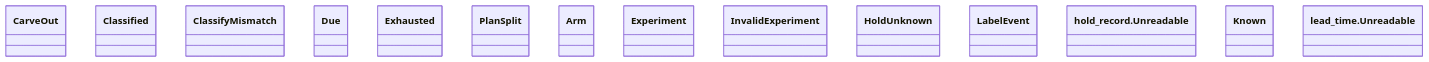
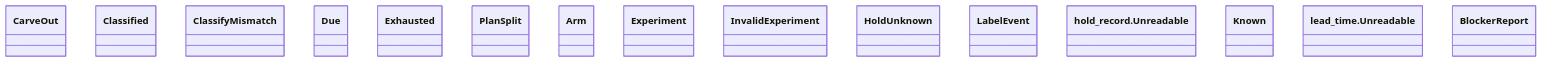
One commit to GonzaloZevallos/agentic-system changed the diagram in docs/architecture/generated/classes-process-domain-state-1.md. Above: the diagram before and after it, drawn with Mermaid. The commit also changed 9 other files, not shown here.

````diff
--- a/docs/architecture/generated/classes-process-domain-state-1.md
+++ b/docs/architecture/generated/classes-process-domain-state-1.md
@@ -32,17 +32,18 @@
 ```mermaid
 classDiagram
     class carve_out__CarveOut["CarveOut"]
     class drawing_answer__Classified["Classified"]
     class drawing_answer__ClassifyMismatch["ClassifyMismatch"]
     class drawing_answer__Due["Due"]
     class drawing_answer__Exhausted["Exhausted"]
     class drawing_answer__PlanSplit["PlanSplit"]
     class experiment__Arm["Arm"]
     class experiment__Experiment["Experiment"]
     class experiment__InvalidExperiment["InvalidExperiment"]
     class hold_record__HoldUnknown["HoldUnknown"]
     class hold_record__LabelEvent["LabelEvent"]
     class hold_record__Unreadable["hold_record.Unreadable"]
     class lead_time__Known["Known"]
     class lead_time__Unreadable["lead_time.Unreadable"]
+    class rules__BlockerReport["BlockerReport"]
 ```
````
